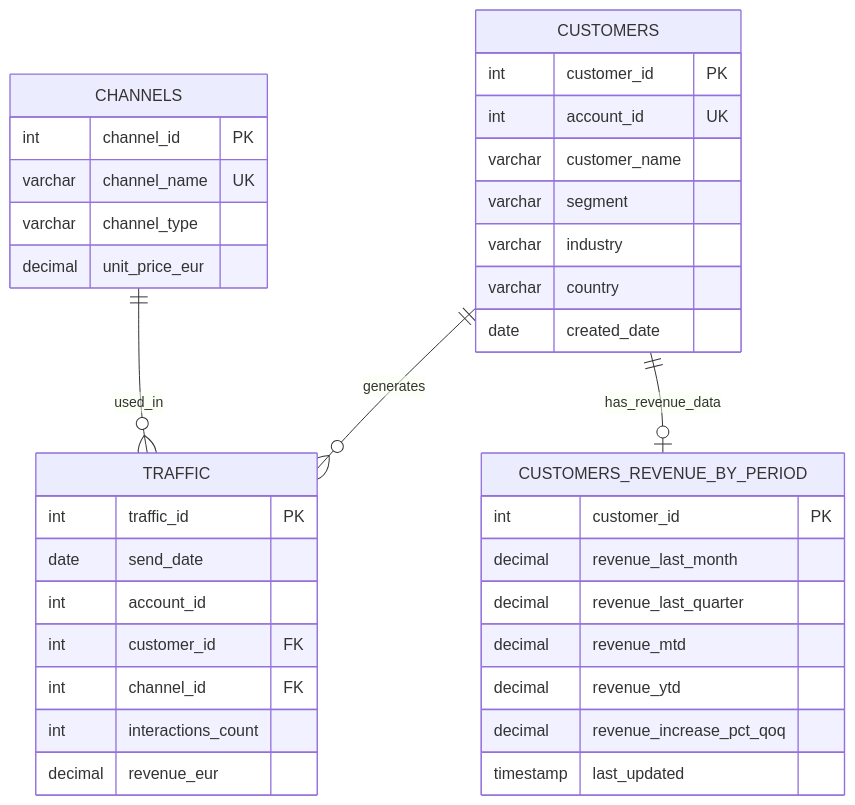
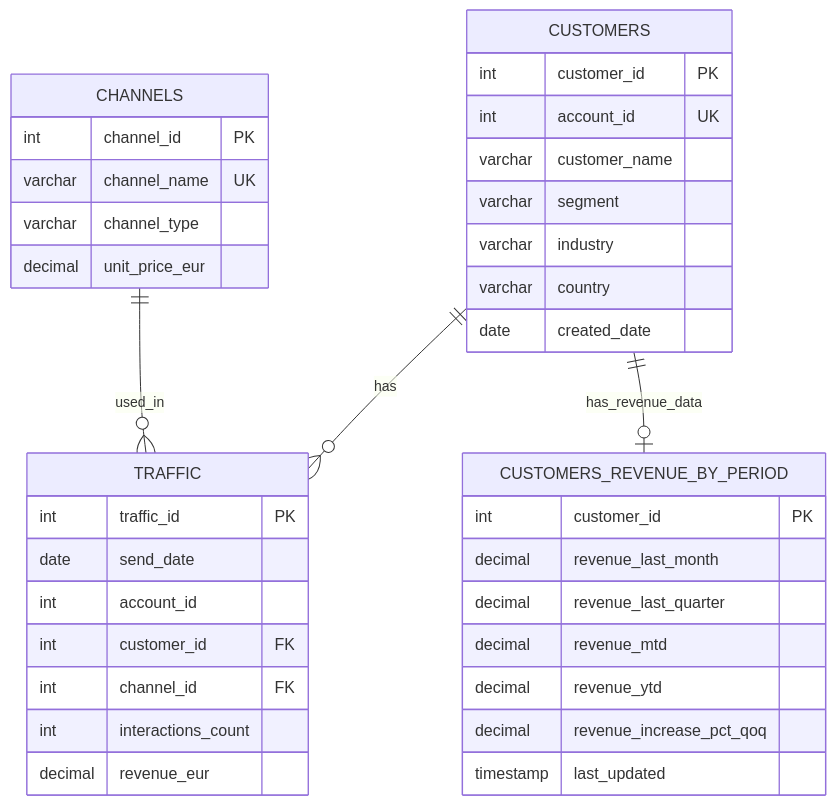
The diagram in README.md (FarisHambo-Node/infobip_task), drawn with Mermaid before and after one commit.

Commit message:
Fix: Correct wording

````diff
--- a/README.md
+++ b/README.md
@@ -9,43 +9,43 @@
 ```mermaid
 erDiagram
     CUSTOMERS {
         int customer_id PK
         int account_id UK
         varchar customer_name
         varchar segment
         varchar industry
         varchar country
         date created_date
     }
     
     CHANNELS {
         int channel_id PK
         varchar channel_name UK
         varchar channel_type
         decimal unit_price_eur
     }
     
     TRAFFIC {
         int traffic_id PK
         date send_date
         int account_id
         int customer_id FK
         int channel_id FK
         int interactions_count
         decimal revenue_eur
     }
     
     CUSTOMERS_REVENUE_BY_PERIOD {
         int customer_id PK
         decimal revenue_last_month
         decimal revenue_last_quarter
         decimal revenue_mtd
         decimal revenue_ytd
         decimal revenue_increase_pct_qoq
         timestamp last_updated
     }
     
-    CUSTOMERS ||--o{ TRAFFIC : "generates"
+    CUSTOMERS ||--o{ TRAFFIC : "has"
     CHANNELS ||--o{ TRAFFIC : "used_in"
     CUSTOMERS ||--o| CUSTOMERS_REVENUE_BY_PERIOD : "has_revenue_data"
 ```
````
